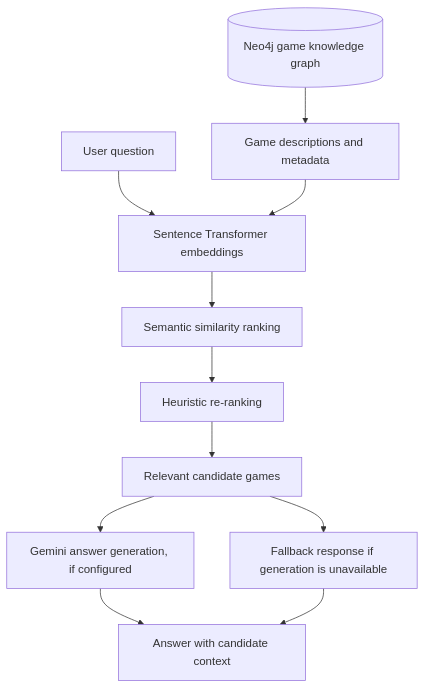
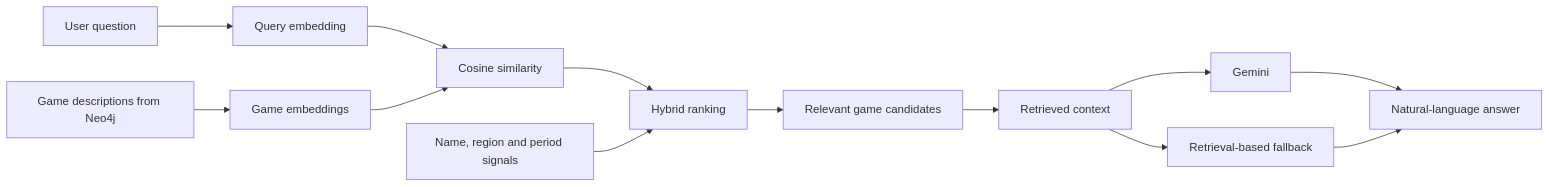
Before and after one commit to salma12814/ludii-game-intelligence: the second of 6 diagrams in README.md, drawn with Mermaid. The commit also changed other lines of this file, not shown here.

````diff
--- a/README.md
+++ b/README.md
@@ -22,13 +74,15 @@
 ```mermaid
-flowchart TD
-    Q[User question] --> E[Sentence Transformer embeddings]
-    E --> R[Semantic similarity ranking]
-    K[(Neo4j game knowledge graph)] --> D[Game descriptions and metadata]
-    D --> E
-    R --> H[Heuristic re-ranking]
-    H --> C[Relevant candidate games]
-    C --> G[Gemini answer generation, if configured]
-    C --> F[Fallback response if generation is unavailable]
-    G --> A[Answer with candidate context]
-    F --> A
+flowchart LR
+    Q[User question] --> QE[Query embedding]
+    DATA[Game descriptions from Neo4j] --> DE[Game embeddings]
+    QE --> SIM[Cosine similarity]
+    DE --> SIM
+    SIM --> RANK[Hybrid ranking]
+    META[Name, region and period signals] --> RANK
+    RANK --> TOP[Relevant game candidates]
+    TOP --> CTX[Retrieved context]
+    CTX --> GEM[Gemini]
+    GEM --> A[Natural-language answer]
+    CTX --> FB[Retrieval-based fallback]
+    FB --> A
 ```
````
